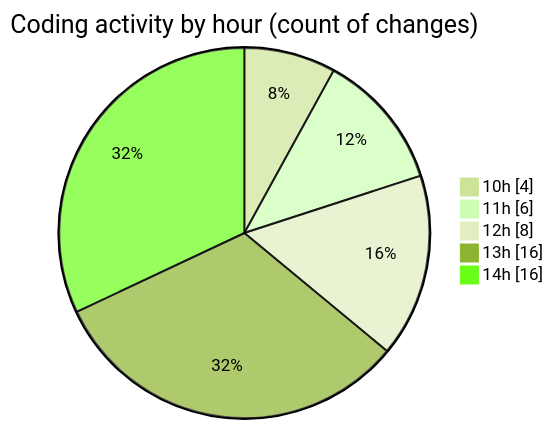
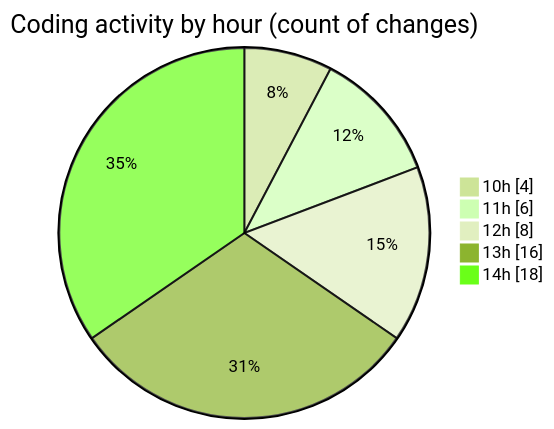
Before and after one commit to LanceThiago/code-tracking: the second of 2 diagrams in 2025-10-03/totem2/README.md, drawn with Mermaid (forest theme). The commit also changed other lines of this file and 1 other file, not shown here.

````diff
--- a/2025-10-03/totem2/README.md
+++ b/2025-10-03/totem2/README.md
@@ -30,9 +30,9 @@
 ```mermaid
 pie showData
 title Coding activity by hour (count of changes)
 "10h" : 4
 "11h" : 6
 "12h" : 8
 "13h" : 16
-"14h" : 16
+"14h" : 18
 ```
````
